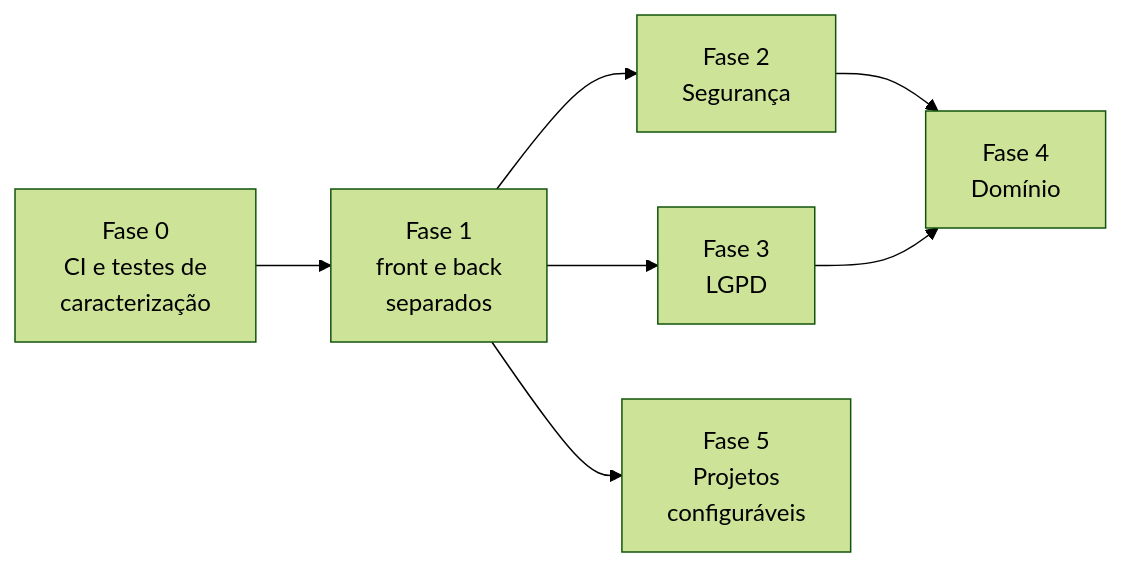
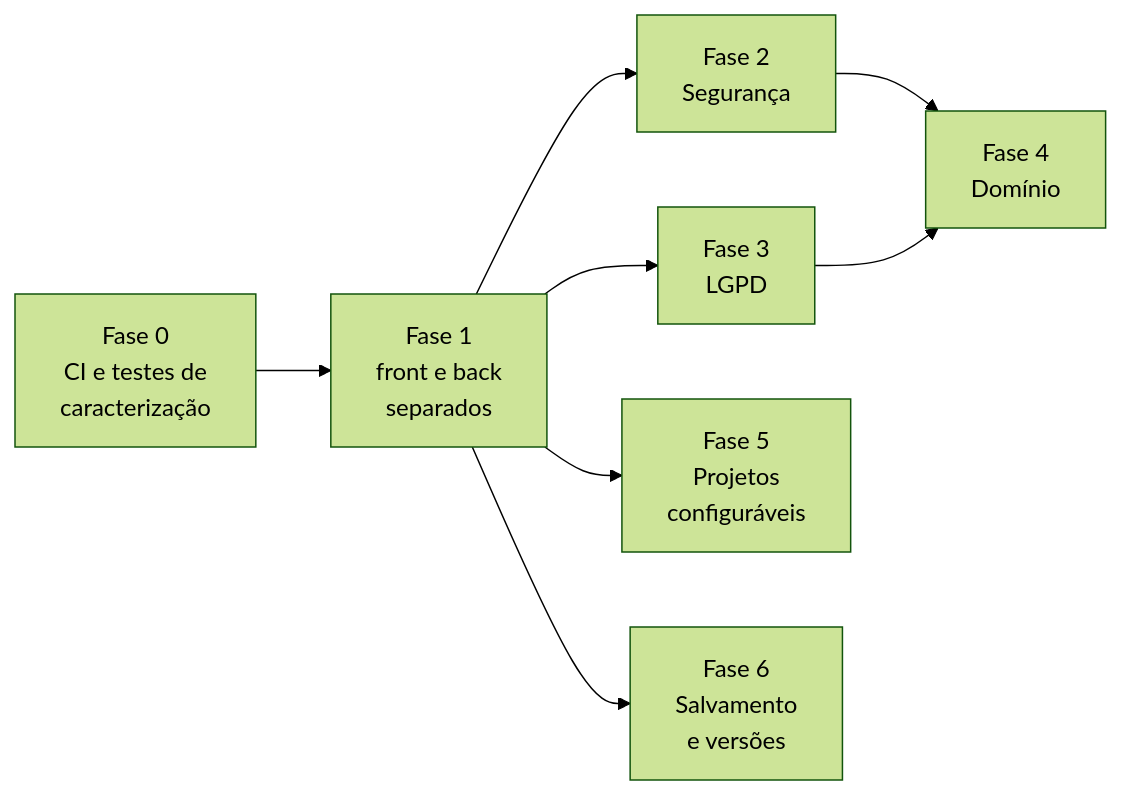
Before and after one commit to Matheus-Lordron/ki67: the second of 2 diagrams in docs/05-plano-de-refatoracao.md, drawn with Mermaid (forest theme). The commit also changed other lines of this file, not shown here.

Commit message:
docs: decisões da fase 5 e plano de salvamento e versões (R-28 a R-30)

````diff
--- a/docs/05-plano-de-refatoracao.md
+++ b/docs/05-plano-de-refatoracao.md
@@ -123,8 +123,9 @@
 ```mermaid
 flowchart LR
     F0["Fase 0<br/>CI e testes de<br/>caracterização"] --> F1["Fase 1<br/>front e back<br/>separados"]
     F1 --> F2["Fase 2<br/>Segurança"]
     F1 --> F3["Fase 3<br/>LGPD"]
     F2 & F3 --> F4["Fase 4<br/>Domínio"]
     F1 --> F5["Fase 5<br/>Projetos<br/>configuráveis"]
+    F1 --> F6["Fase 6<br/>Salvamento<br/>e versões"]
 ```
````
